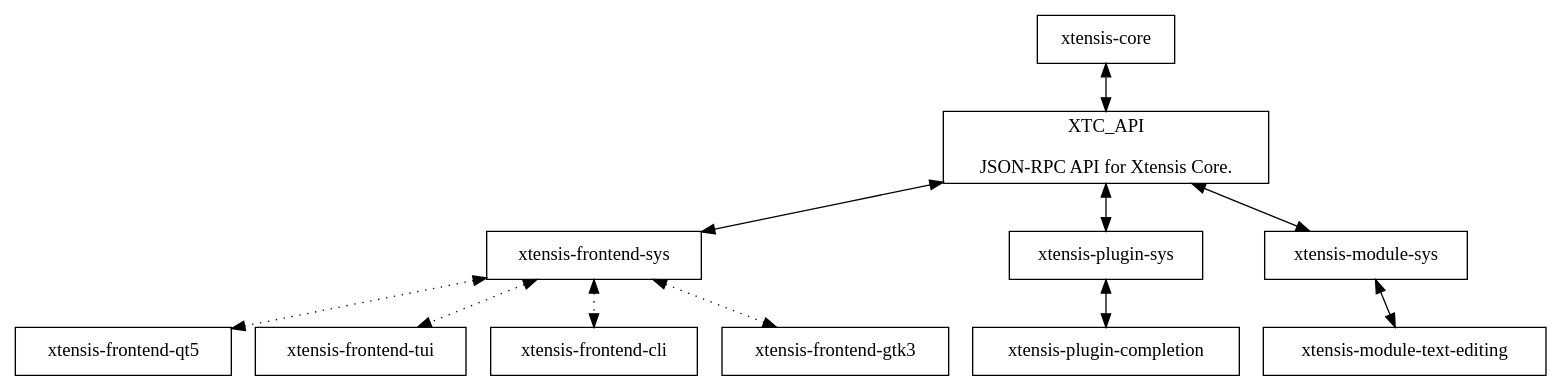
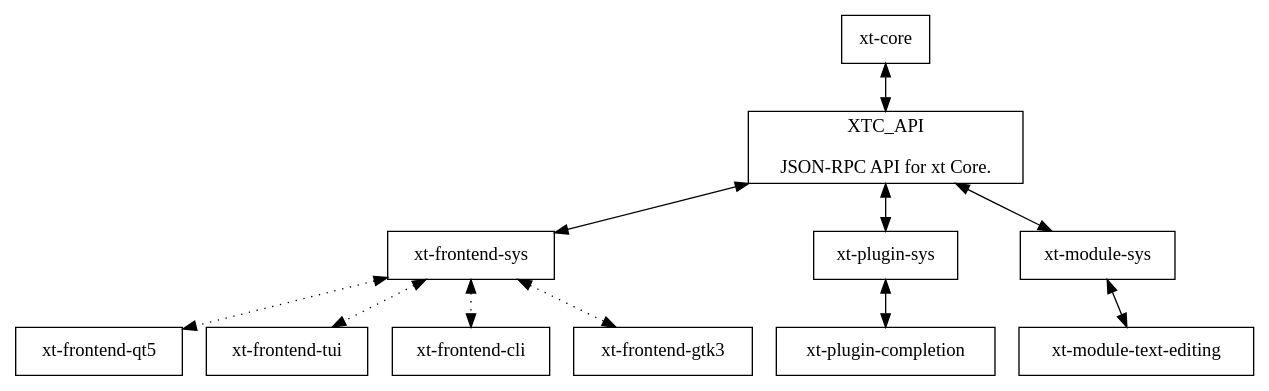
One commit to Xt-Editor/Xt-Editor-Xt-Core changed the diagram in doc/graphviz/core-subsystem.dot. Above: the diagram before and after it, drawn with Graphviz. The commit also changed 27 other files, not shown here.

```diff
--- a/doc/graphviz/core-subsystem.dot
+++ b/doc/graphviz/core-subsystem.dot
@@ -1,26 +1,26 @@
 digraph coresubsys {
     node[shape=box];
 
-    xtc [label="xtensis-core"];
-    xtcapi [label="XTC_API\n\nJSON-RPC API for Xtensis Core."]
-    frontend [label="xtensis-frontend-sys"];
-    qt_frontend [label="xtensis-frontend-qt5"];
-    tui_frontend [label="xtensis-frontend-tui"];
-    cli_frontend [label="xtensis-frontend-cli"]
-    gtk_frontend [label="xtensis-frontend-gtk3"];
-    plugins [label="xtensis-plugin-sys"];
-    text_editing [label="xtensis-module-text-editing"];
-    completion [label="xtensis-plugin-completion"];
-    modules [label="xtensis-module-sys"]
+    xtc [label="xt-core"];
+    xtcapi [label="XTC_API\n\nJSON-RPC API for xt Core."]
+    frontend [label="xt-frontend-sys"];
+    qt_frontend [label="xt-frontend-qt5"];
+    tui_frontend [label="xt-frontend-tui"];
+    cli_frontend [label="xt-frontend-cli"]
+    gtk_frontend [label="xt-frontend-gtk3"];
+    plugins [label="xt-plugin-sys"];
+    text_editing [label="xt-module-text-editing"];
+    completion [label="xt-plugin-completion"];
+    modules [label="xt-module-sys"]
 
     xtc->xtcapi [dir="both"];
 
     xtcapi->frontend [dir="both"];
     frontend->{qt_frontend, tui_frontend, gtk_frontend, cli_frontend} [dir="both", style=dotted];
 
     xtcapi->plugins [dir="both"];
     plugins->completion [dir="both"];
 
     xtcapi->modules [dir="both"];
     modules->text_editing [dir="both"];
 }
```
